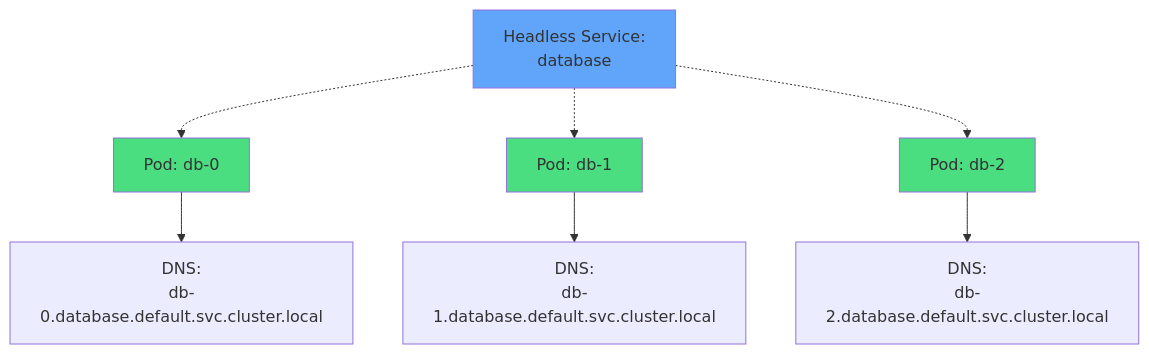
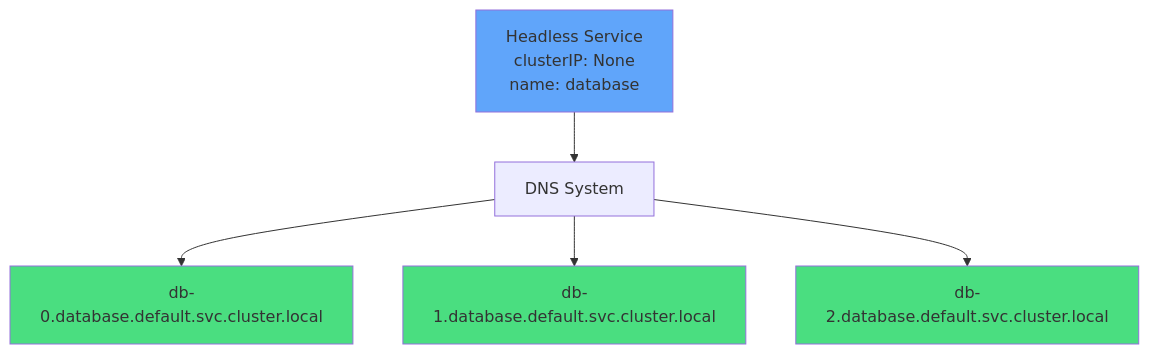
One commit to courselabs/kubernetes changed the third of 7 diagrams in slides/statefulsets/slides.md. Above: the diagram before and after it, drawn with Mermaid. The commit also changed other lines of this file and 7 other files, not shown here.

````diff
--- a/slides/statefulsets/slides.md
+++ b/slides/statefulsets/slides.md
@@ -122,11 +121,11 @@
 ```mermaid
 graph TB
-    P0[Pod: db-0] --> D0[DNS:<br/>db-0.database.default.svc.cluster.local]
-    P1[Pod: db-1] --> D1[DNS:<br/>db-1.database.default.svc.cluster.local]
-    P2[Pod: db-2] --> D2[DNS:<br/>db-2.database.default.svc.cluster.local]
-    HS[Headless Service:<br/>database] -.-> P0 & P1 & P2
+    HS[Headless Service<br/>clusterIP: None<br/>name: database] --> DNS[DNS System]
+    DNS --> P0[db-0.database.default.svc.cluster.local]
+    DNS --> P1[db-1.database.default.svc.cluster.local]
+    DNS --> P2[db-2.database.default.svc.cluster.local]
     style HS fill:#60a5fa
     style P0 fill:#4ade80
     style P1 fill:#4ade80
     style P2 fill:#4ade80
 ```
````
